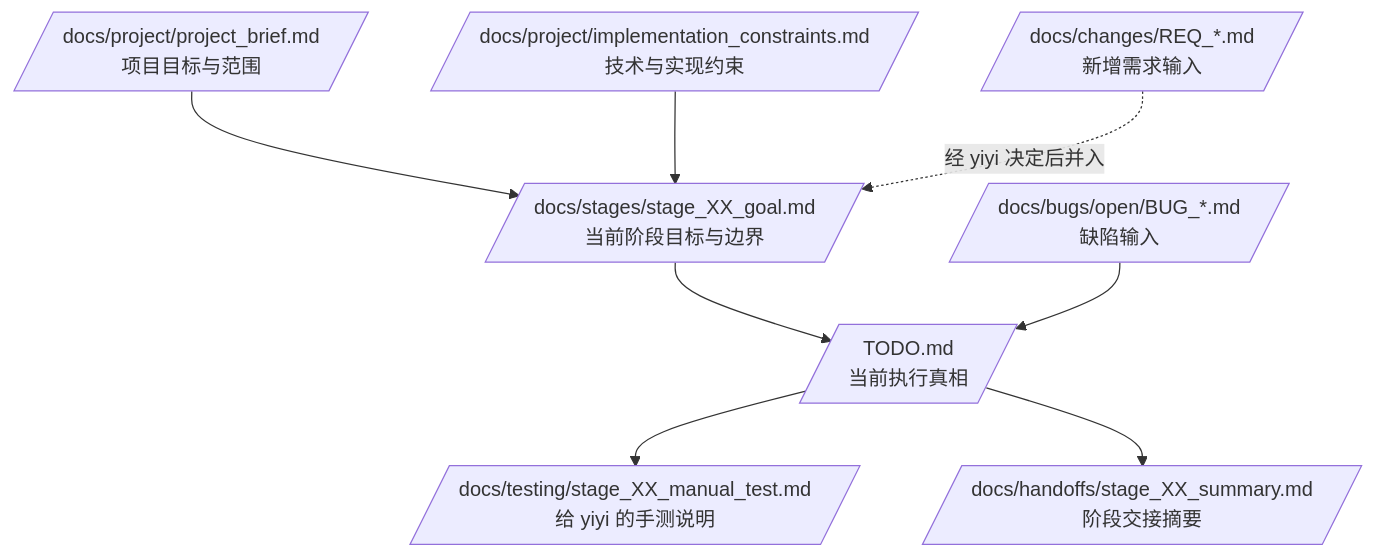
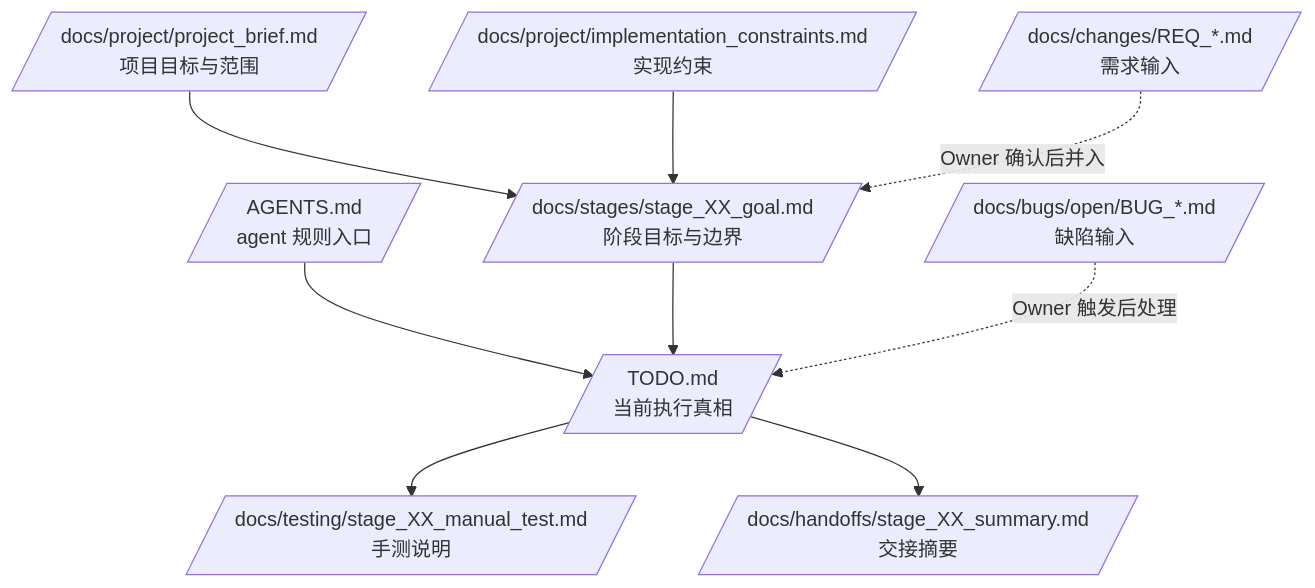
Before and after one commit to ice268528/Docs-is-all-you-need: the diagram in README.md, drawn with Mermaid. The commit also changed other lines of this file and 29 other files, not shown here.

````diff
--- a/README.md
+++ b/README.md
@@ -111,19 +53,21 @@
 ```mermaid
 flowchart TD
+    A[/AGENTS.md<br/>agent 规则入口/]
     PB[/docs/project/project_brief.md<br/>项目目标与范围/]
-    IC[/docs/project/implementation_constraints.md<br/>技术与实现约束/]
-    SG[/docs/stages/stage_XX_goal.md<br/>当前阶段目标与边界/]
+    IC[/docs/project/implementation_constraints.md<br/>实现约束/]
+    SG[/docs/stages/stage_XX_goal.md<br/>阶段目标与边界/]
     TODO[/TODO.md<br/>当前执行真相/]
-    REQ[/docs/changes/REQ_*.md<br/>新增需求输入/]
+    REQ[/docs/changes/REQ_*.md<br/>需求输入/]
     BUG[/docs/bugs/open/BUG_*.md<br/>缺陷输入/]
-    TEST[/docs/testing/stage_XX_manual_test.md<br/>给 yiyi 的手测说明/]
-    HANDOFF[/docs/handoffs/stage_XX_summary.md<br/>阶段交接摘要/]
+    TEST[/docs/testing/stage_XX_manual_test.md<br/>手测说明/]
+    HANDOFF[/docs/handoffs/stage_XX_summary.md<br/>交接摘要/]
 
+    A --> TODO
     PB --> SG
     IC --> SG
     SG --> TODO
-    REQ -. 经 yiyi 决定后并入 .-> SG
-    BUG --> TODO
+    REQ -. Owner 确认后并入 .-> SG
+    BUG -. Owner 触发后处理 .-> TODO
     TODO --> TEST
     TODO --> HANDOFF
 ```
````
